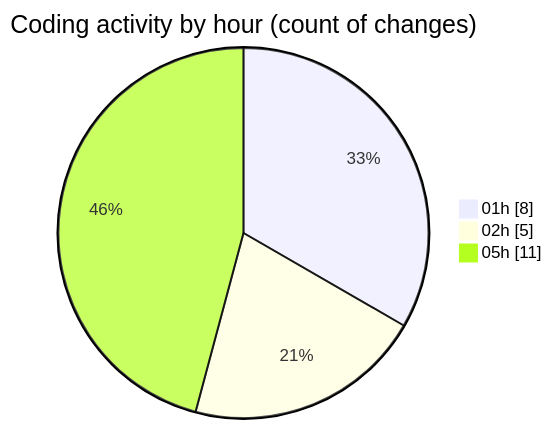
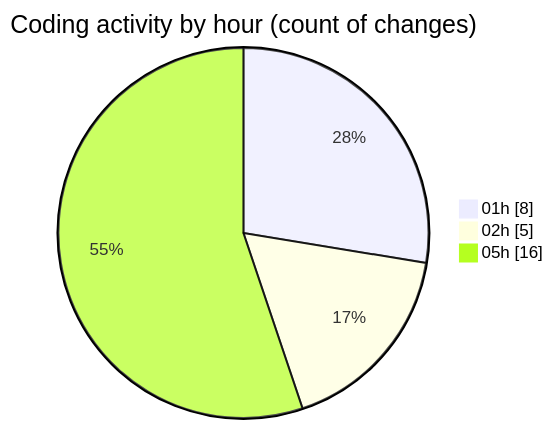
One commit to julien-gomy/code-tracking changed the second of 2 diagrams in 2025-11-21/eventscop-api-guide__workspace_/README.md. Above: the diagram before and after it, drawn with Mermaid. The commit also changed other lines of this file and 1 other file, not shown here.

````diff
--- a/2025-11-21/eventscop-api-guide__workspace_/README.md
+++ b/2025-11-21/eventscop-api-guide__workspace_/README.md
@@ -38,7 +38,7 @@
 ```mermaid
 pie showData
 title Coding activity by hour (count of changes)
 "01h" : 8
 "02h" : 5
-"05h" : 11
+"05h" : 16
 ```
````
